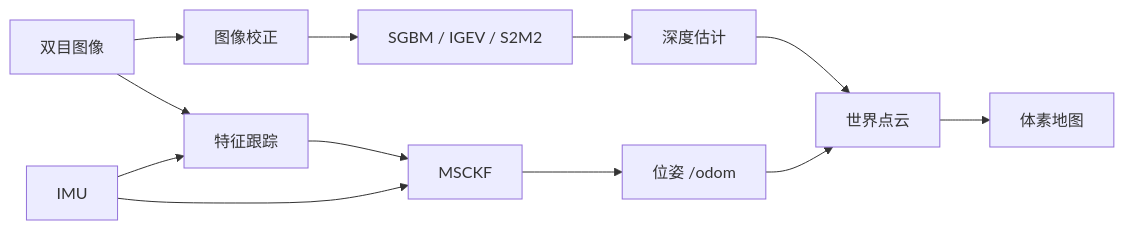
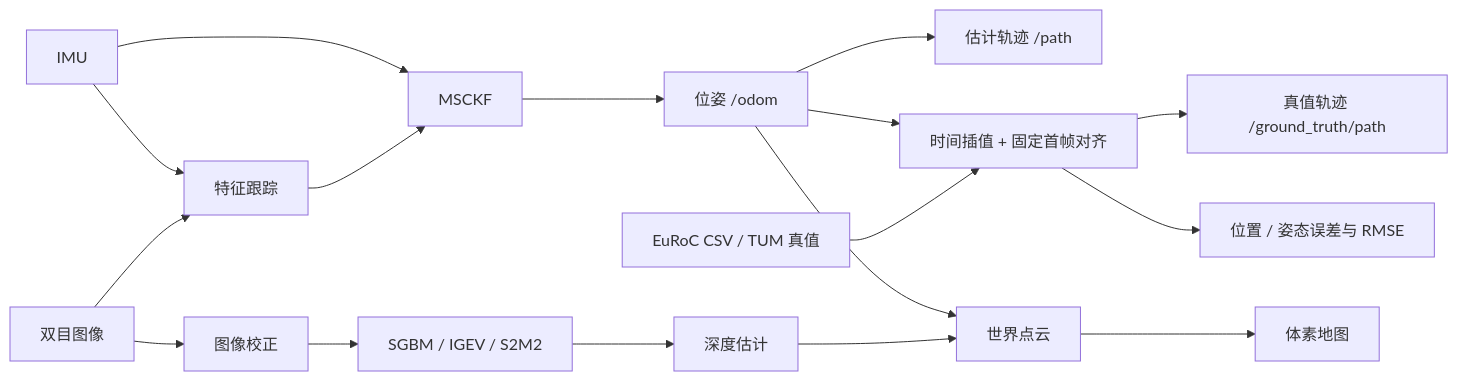
One commit to JunJie1213855/MSCKF-Stereo-ROS2 changed the diagram in README.md. Above: the diagram before and after it, drawn with Mermaid. The commit also changed other lines of this file and 15 other files, not shown here.

````diff
--- a/README.md
+++ b/README.md
@@ -23,15 +26,20 @@
 ```mermaid
 flowchart LR
     stereo["双目图像"] --> tracking["特征跟踪"]
     imu["IMU"] --> tracking
     tracking --> msckf["MSCKF"]
     imu --> msckf
     msckf --> pose["位姿 /odom"]
+    pose --> path["估计轨迹 /path"]
+    truth["EuRoC CSV / TUM 真值"] --> comparison["时间插值 + 固定首帧对齐"]
+    pose --> comparison
+    comparison --> gt_path["真值轨迹 /ground_truth/path"]
+    comparison --> error["位置 / 姿态误差与 RMSE"]
 
     stereo --> rectification["图像校正"]
     rectification --> matcher["SGBM / IGEV / S2M2"]
     matcher --> depth["深度估计"]
     depth --> cloud["世界点云"]
     pose --> cloud
     cloud --> map["体素地图"]
 ```
````
